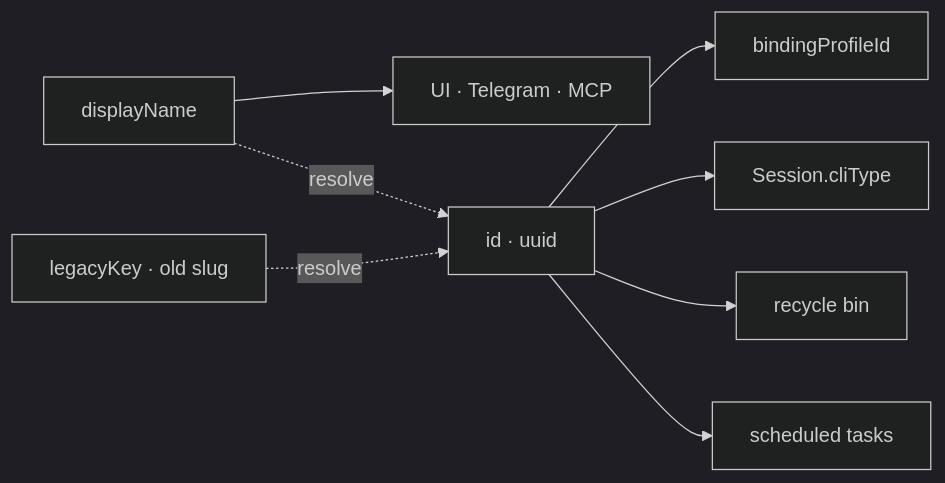
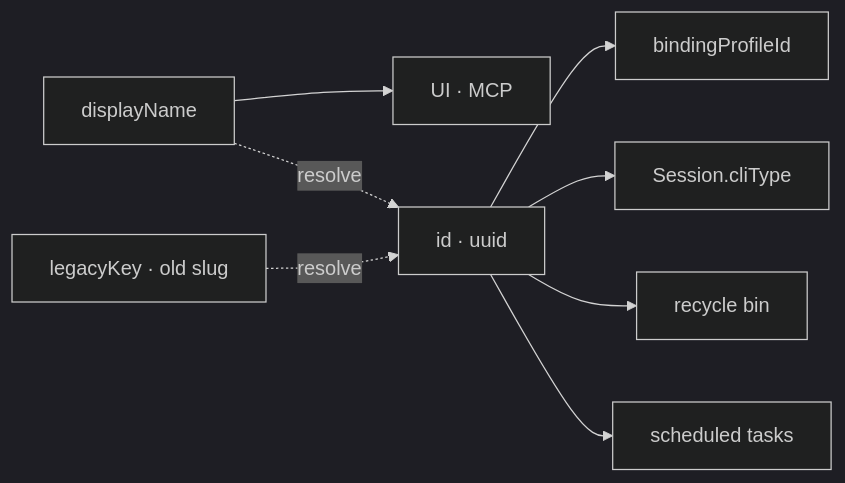
The first of 2 diagrams in docs/config-system.md (PetePeter/helm), drawn with Mermaid (dark theme) before and after one commit. The commit also changed other lines of this file and 35 other files, not shown here.

````diff
--- a/docs/config-system.md
+++ b/docs/config-system.md
@@ -33,10 +33,10 @@
 ```mermaid
 graph LR
     ID[id · uuid] --> BP[bindingProfileId]
     ID --> S[Session.cliType]
     ID --> RB[recycle bin]
     ID --> ST[scheduled tasks]
-    DN[displayName] --> UI[UI · Telegram · MCP]
+    DN[displayName] --> UI[UI · MCP]
     DN -.resolve.-> ID
     LK[legacyKey · old slug] -.resolve.-> ID
 ```
````
